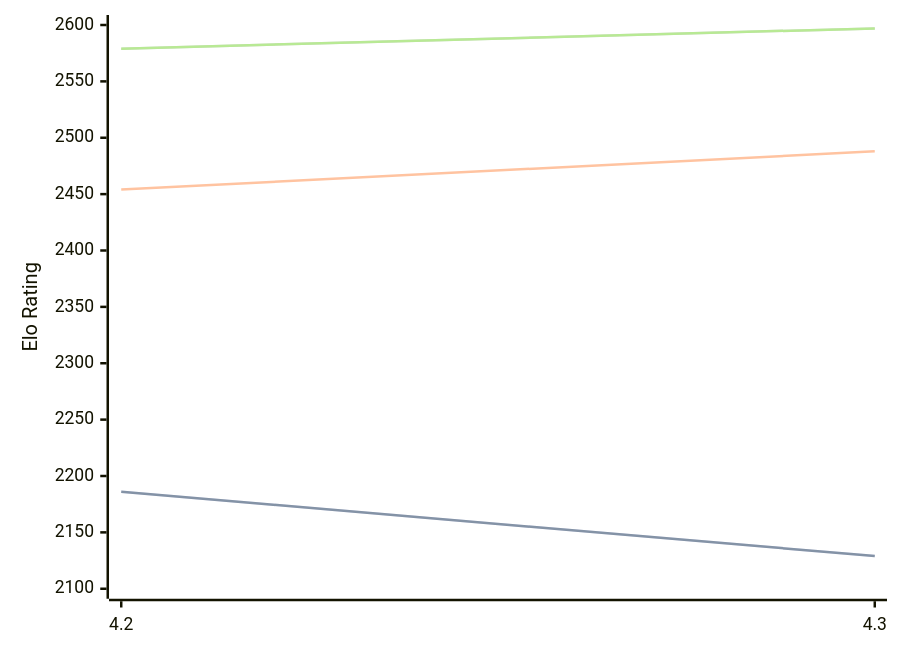
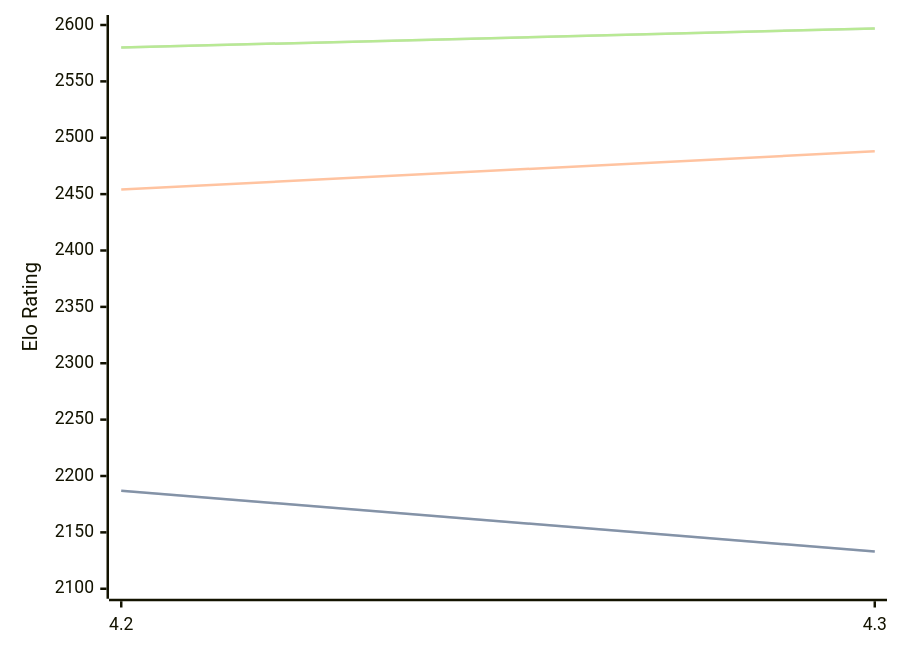
Before and after one commit to computer-chess-index/cci: the diagram in engines/Eubos.md, drawn with Mermaid. The commit also changed other lines of this file, not shown here.

Commit message:
Update CCI Ratings (ELO VLTC) - 2026-04-09

````diff
--- a/engines/Eubos.md
+++ b/engines/Eubos.md
@@ -88,11 +88,11 @@
 ```mermaid
 %%{init: {"theme":"base","themeVariables":{"seriesColors:['#a3a3a3','#222221','#faa371']}}}%%
 xychart-beta
   x-axis ["4.2", "4.3"]
   y-axis "Elo Rating" 2100 --> 2600
-  line "STC (8.0+0.08s)" [2186, 2129]
-  line "STC (8.0+0.08s)" [2186, 2129]
+  line "STC (8.0+0.08s)" [2187, 2133]
+  line "STC (8.0+0.08s)" [2187, 2133]
   line "LTC (60.0+0.60s)" [2454, 2488]
-  line "VLTC (2m24s+1.12s)" [2579, 2597]
-  line "VLTC (2m24s+1.12s)" [2579, 2597]
+  line "VLTC (2m24s+1.12s)" [2580, 2597]
+  line "VLTC (2m24s+1.12s)" [2580, 2597]
 ```
````
